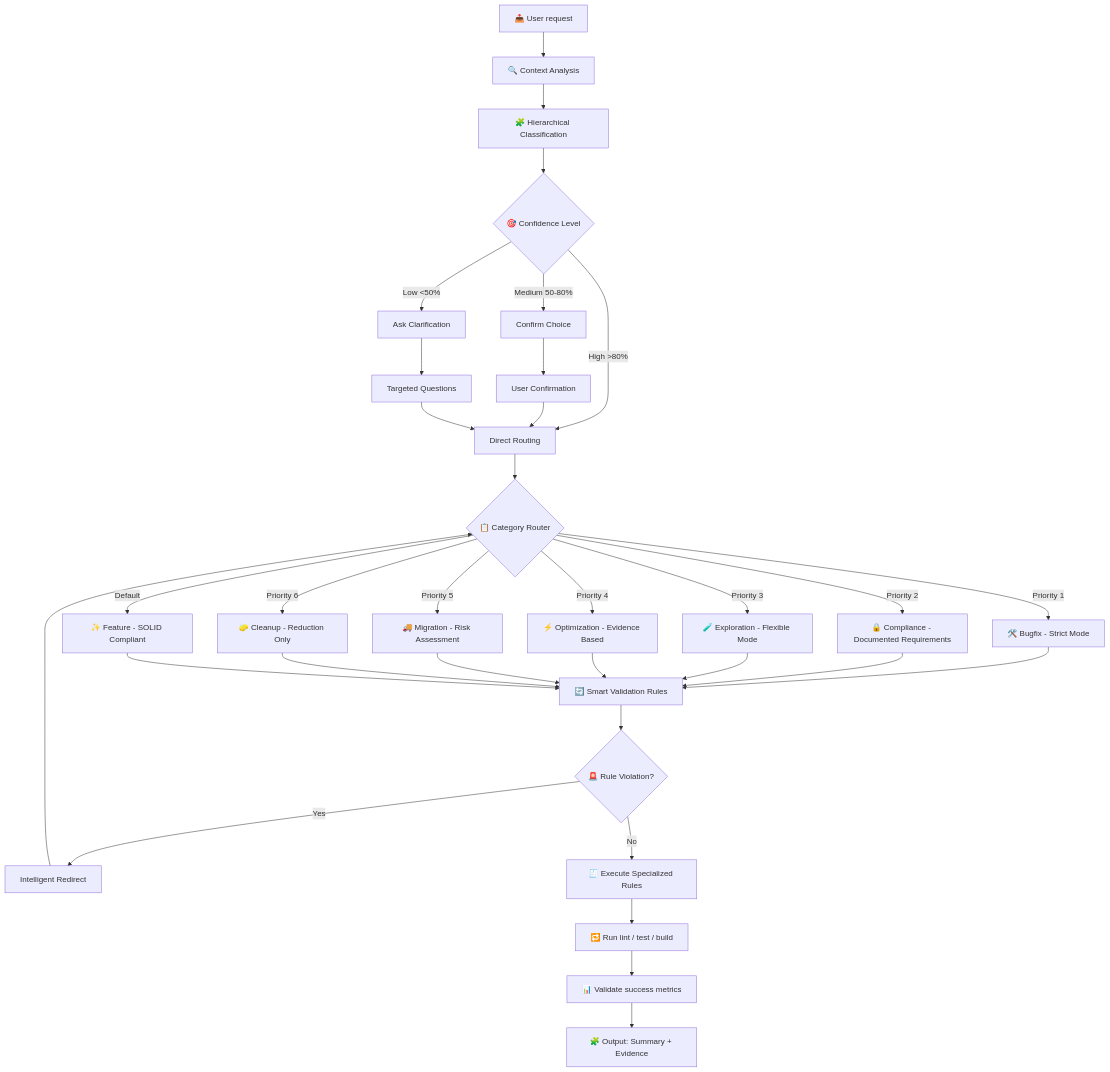
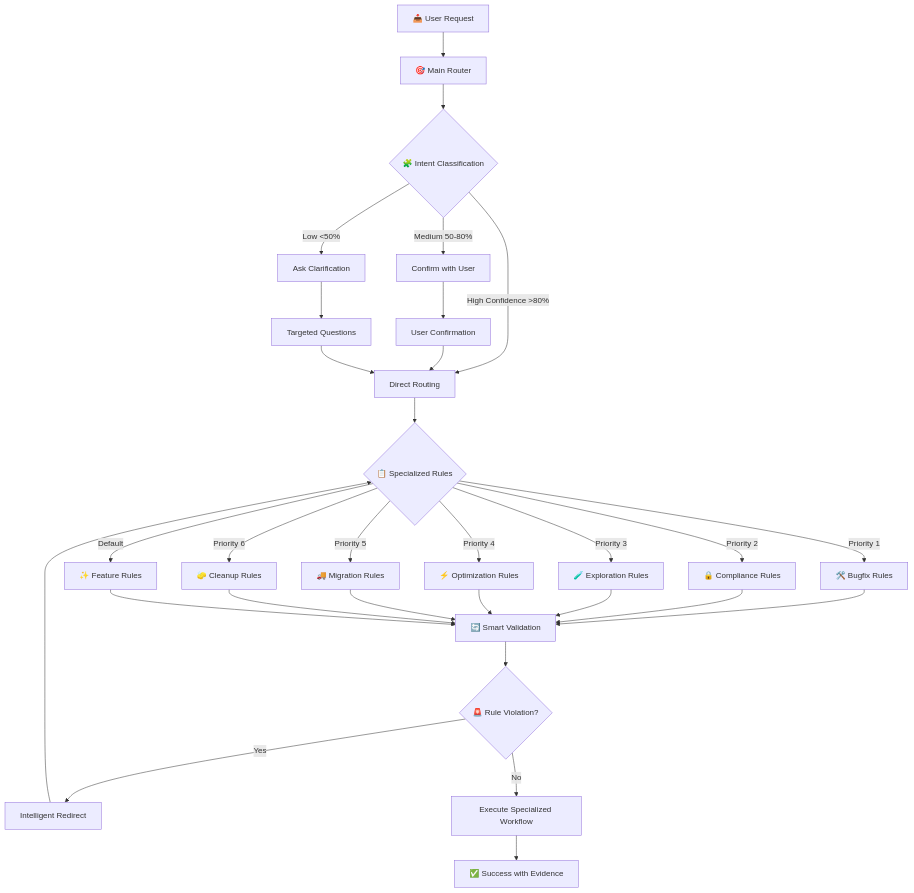
Before and after one commit to fxbravo/Cursor_Rules: the diagram in README.md, drawn with Mermaid. The commit also changed other lines of this file and 8 other files, not shown here.

Commit message:
chore: remove legacy @* rule files and finalize .cursor cleanup

````diff
--- a/README.md
+++ b/README.md
@@ -13,42 +38,39 @@
 ```mermaid
 flowchart TD
- A[📥 User request] --> B[🔍 Context Analysis]
- B --> C[🧩 Hierarchical Classification]
- C --> D{🎯 Confidence Level}
- 
- D -->|High >80%| E[Direct Routing]
- D -->|Medium 50-80%| F[Confirm Choice]
- D -->|Low <50%| G[Ask Clarification]
- 
- F --> H[User Confirmation]
- G --> I[Targeted Questions]
- H --> E
- I --> E
- 
- E --> J{📋 Category Router}
- 
- J -->|Priority 1| K1[🛠️ Bugfix - Strict Mode]
- J -->|Priority 2| K2[🔒 Compliance - Documented Requirements]
- J -->|Priority 3| K3[🧪 Exploration - Flexible Mode]
- J -->|Priority 4| K4[⚡ Optimization - Evidence Based]
- J -->|Priority 5| K5[🚚 Migration - Risk Assessment]
- J -->|Priority 6| K6[🧽 Cleanup - Reduction Only]
- J -->|Default| K7[✨ Feature - SOLID Compliant]
- 
- K1 --> L[🔄 Smart Validation Rules]
- K2 --> L
- K3 --> L
- K4 --> L
- K5 --> L
- K6 --> L
- K7 --> L
- 
- L --> M{🚨 Rule Violation?}
- M -->|Yes| N[Intelligent Redirect]
- M -->|No| O[🧾 Execute Specialized Rules]
- 
- N --> J
- O --> P[🔁 Run lint / test / build]
- P --> Q[📊 Validate success metrics]
- Q --> R[🧩 Output: Summary + Evidence]
+    A[📥 User Request] --> B[🎯 Main Router]
+    B --> C{🧩 Intent Classification}
+    
+    C -->|High Confidence >80%| D[Direct Routing]
+    C -->|Medium 50-80%| E[Confirm with User]
+    C -->|Low <50%| F[Ask Clarification]
+    
+    E --> G[User Confirmation]
+    F --> H[Targeted Questions]
+    G --> D
+    H --> D
+    
+    D --> I{📋 Specialized Rules}
+    
+    I -->|Priority 1| J1[🛠️ Bugfix Rules]
+    I -->|Priority 2| J2[🔒 Compliance Rules]
+    I -->|Priority 3| J3[🧪 Exploration Rules]
+    I -->|Priority 4| J4[⚡ Optimization Rules]
+    I -->|Priority 5| J5[🚚 Migration Rules]
+    I -->|Priority 6| J6[🧽 Cleanup Rules]
+    I -->|Default| J7[✨ Feature Rules]
+    
+    J1 --> K[🔄 Smart Validation]
+    J2 --> K
+    J3 --> K
+    J4 --> K
+    J5 --> K
+    J6 --> K
+    J7 --> K
+    
+    K --> L{🚨 Rule Violation?}
+    L -->|Yes| M[Intelligent Redirect]
+    L -->|No| N[Execute Specialized Workflow]
+    
+    M --> I
+    N --> O[✅ Success with Evidence]
 ```
````
